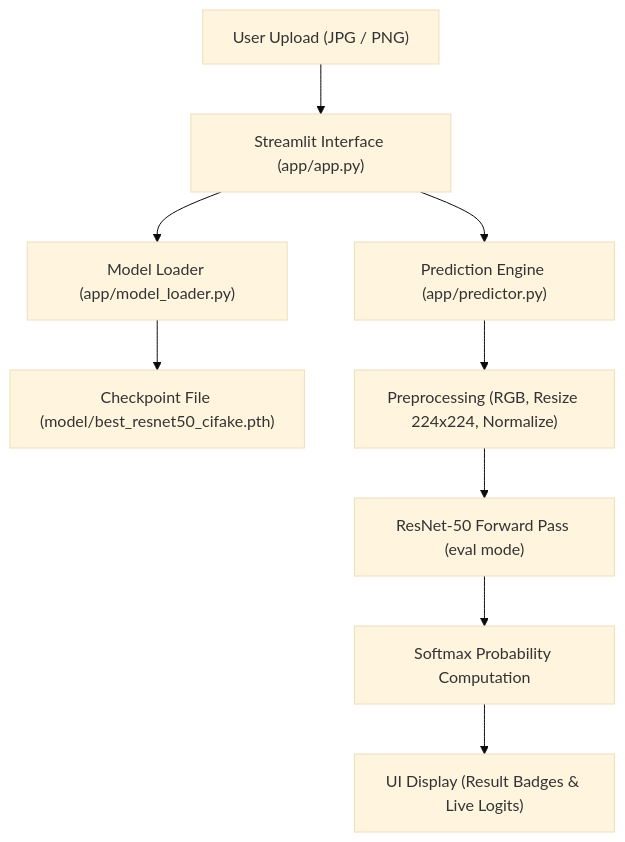
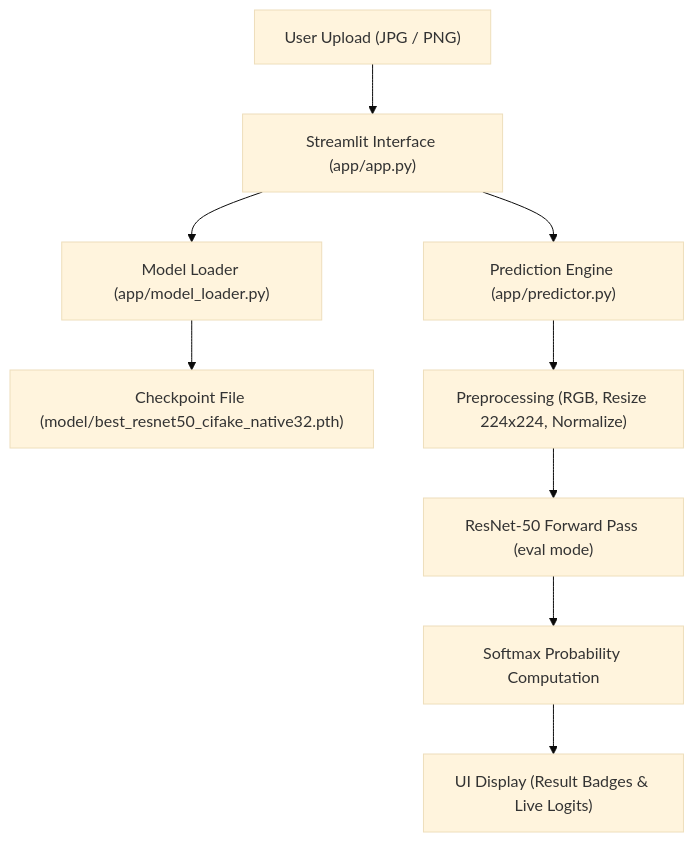
The first of 3 diagrams in docs/02_system_architecture.md (rominkevadiya/ALGONAUTS_INTERNAL_LJ_HACK), drawn with Mermaid (base theme) before and after one commit. The commit also changed other lines of this file and 8 other files, not shown here.

Commit message:
feat(model): integrate best_resnet50_cifake_native32.pth with dynamic stem detection

````diff
--- a/docs/02_system_architecture.md
+++ b/docs/02_system_architecture.md
@@ -35,11 +35,11 @@
 ```mermaid
 graph TD
     User["User Upload (JPG / PNG)"] --> UI["Streamlit Interface (app/app.py)"]
     UI --> Loader["Model Loader (app/model_loader.py)"]
-    Loader --> Checkpoint["Checkpoint File (model/best_resnet50_cifake.pth)"]
+    Loader --> Checkpoint["Checkpoint File (model/best_resnet50_cifake_native32.pth)"]
     UI --> Predictor["Prediction Engine (app/predictor.py)"]
     Predictor --> Preproc["Preprocessing (RGB, Resize 224x224, Normalize)"]
     Preproc --> Forward["ResNet-50 Forward Pass (eval mode)"]
     Forward --> Softmax["Softmax Probability Computation"]
     Softmax --> Output["UI Display (Result Badges & Live Logits)"]
 ```
````
